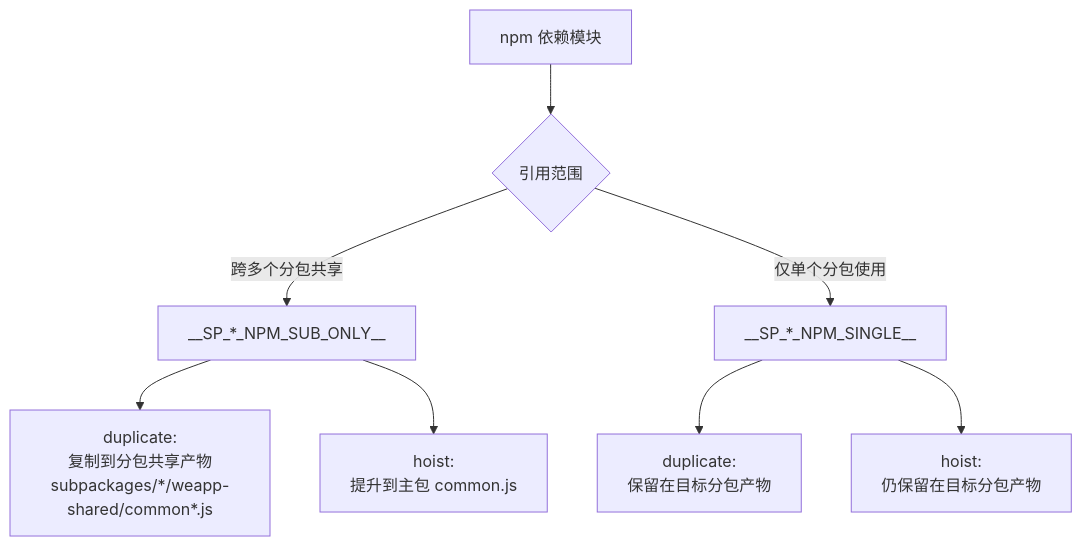
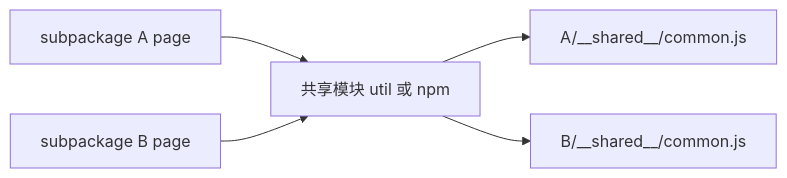
One commit to weapp-vite/weapp-vite changed the third of 7 diagrams in website/guide/subpackage.md. Above: the diagram before and after it, drawn with Mermaid. The commit also changed other lines of this file and 1 other file, not shown here.

Commit message:
docs(website): simplify subpackage guide with mermaid-first strategy

````diff
--- a/website/guide/subpackage.md
+++ b/website/guide/subpackage.md
@@ -227,13 +79,7 @@
 ```mermaid
-flowchart TD
-  module[npm 依赖模块] --> scope{引用范围}
-
-  scope -->|跨多个分包共享| shared[__SP_*_NPM_SUB_ONLY__]
-  scope -->|仅单个分包使用| single[__SP_*_NPM_SINGLE__]
-
-  shared --> dShared[duplicate:<br/>复制到分包共享产物<br/>subpackages/*/weapp-shared/common*.js]
-  shared --> hShared[hoist:<br/>提升到主包 common.js]
-
-  single --> dSingle[duplicate:<br/>保留在目标分包产物]
-  single --> hSingle[hoist:<br/>仍保留在目标分包产物]
+flowchart LR
+  A[subpackage A page] --> U[共享模块 util 或 npm]
+  B[subpackage B page] --> U
+  U --> SA[A/__shared__/common.js]
+  U --> SB[B/__shared__/common.js]
 ```
````
